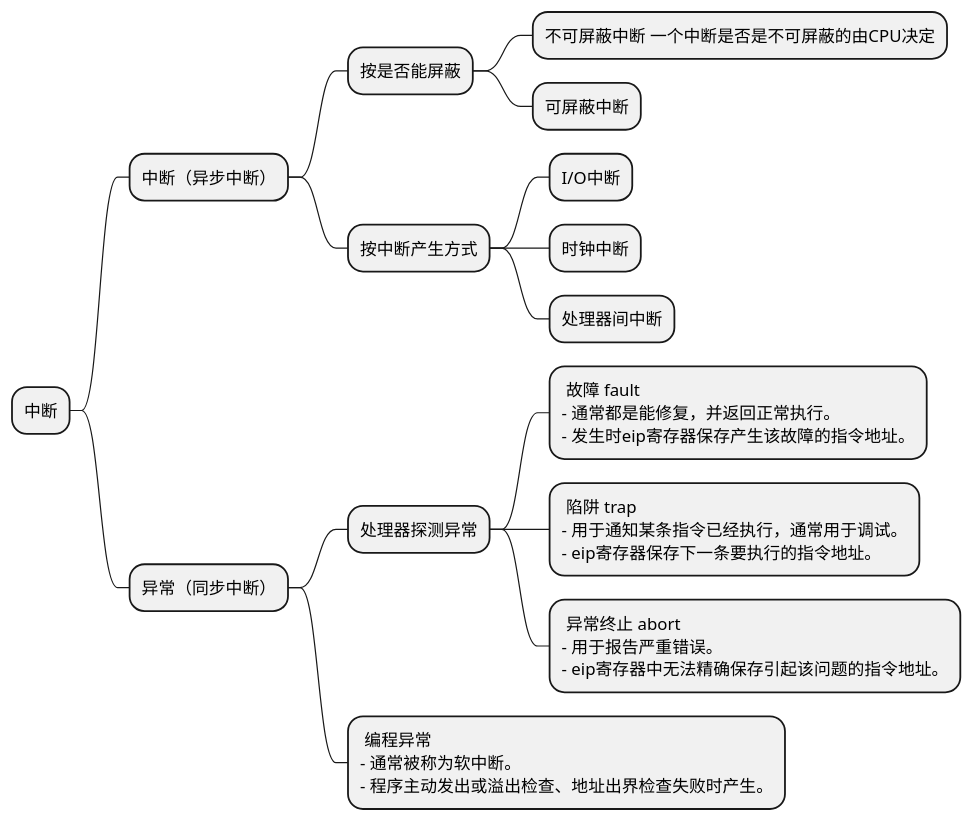
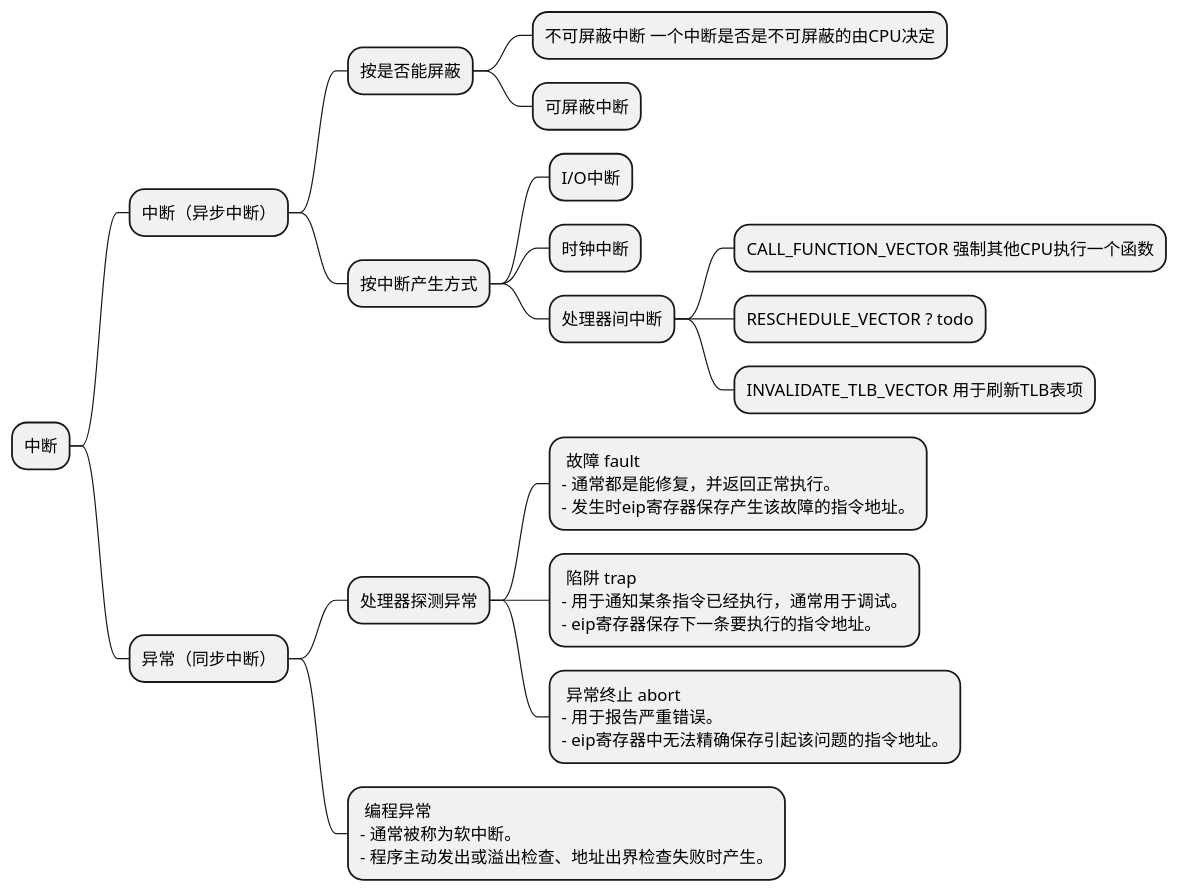
The first of 4 diagrams in site/content/post/linux/interrupt-and-exception.md (er1c-zh/blog), drawn with PlantUML before and after one commit. The commit also changed other lines of this file, not shown here.

````diff
--- a/site/content/post/linux/interrupt-and-exception.md
+++ b/site/content/post/linux/interrupt-and-exception.md
@@ -49,27 +53,30 @@
 ```plantuml
 @startmindmap
 * 中断
 ** 中断（异步中断）
 *** 按是否能屏蔽
 **** 不可屏蔽中断 一个中断是否是不可屏蔽的由CPU决定
 **** 可屏蔽中断
 *** 按中断产生方式
 **** I/O中断
 **** 时钟中断
 **** 处理器间中断
+***** CALL_FUNCTION_VECTOR 强制其他CPU执行一个函数
+***** RESCHEDULE_VECTOR ? todo
+***** INVALIDATE_TLB_VECTOR 用于刷新TLB表项
 ** 异常（同步中断）
 *** 处理器探测异常
 ****: 故障 fault
 - 通常都是能修复，并返回正常执行。
 - 发生时eip寄存器保存产生该故障的指令地址。;
 ****: 陷阱 trap
 - 用于通知某条指令已经执行，通常用于调试。
 - eip寄存器保存下一条要执行的指令地址。;
 ****: 异常终止 abort
 - 用于报告严重错误。
 - eip寄存器中无法精确保存引起该问题的指令地址。;
 ***: 编程异常
 - 通常被称为软中断。
 - 程序主动发出或溢出检查、地址出界检查失败时产生。;
 @endmindmap
 ```
````
